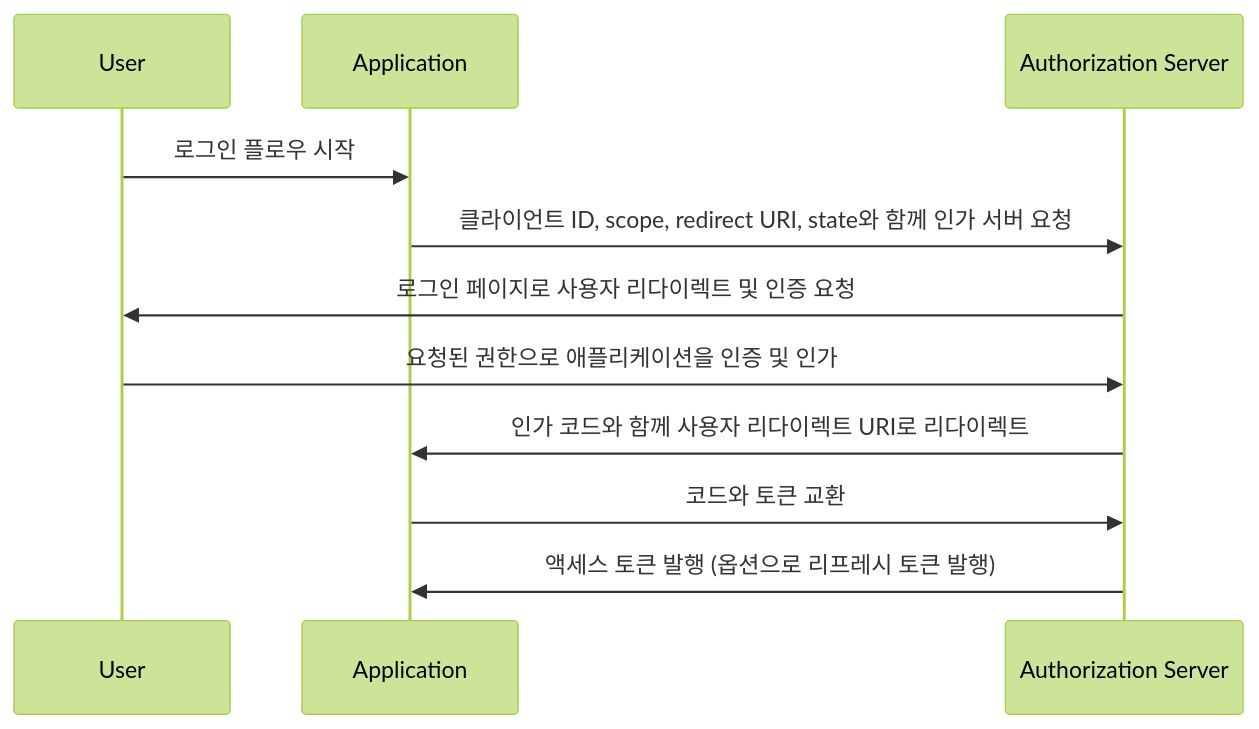
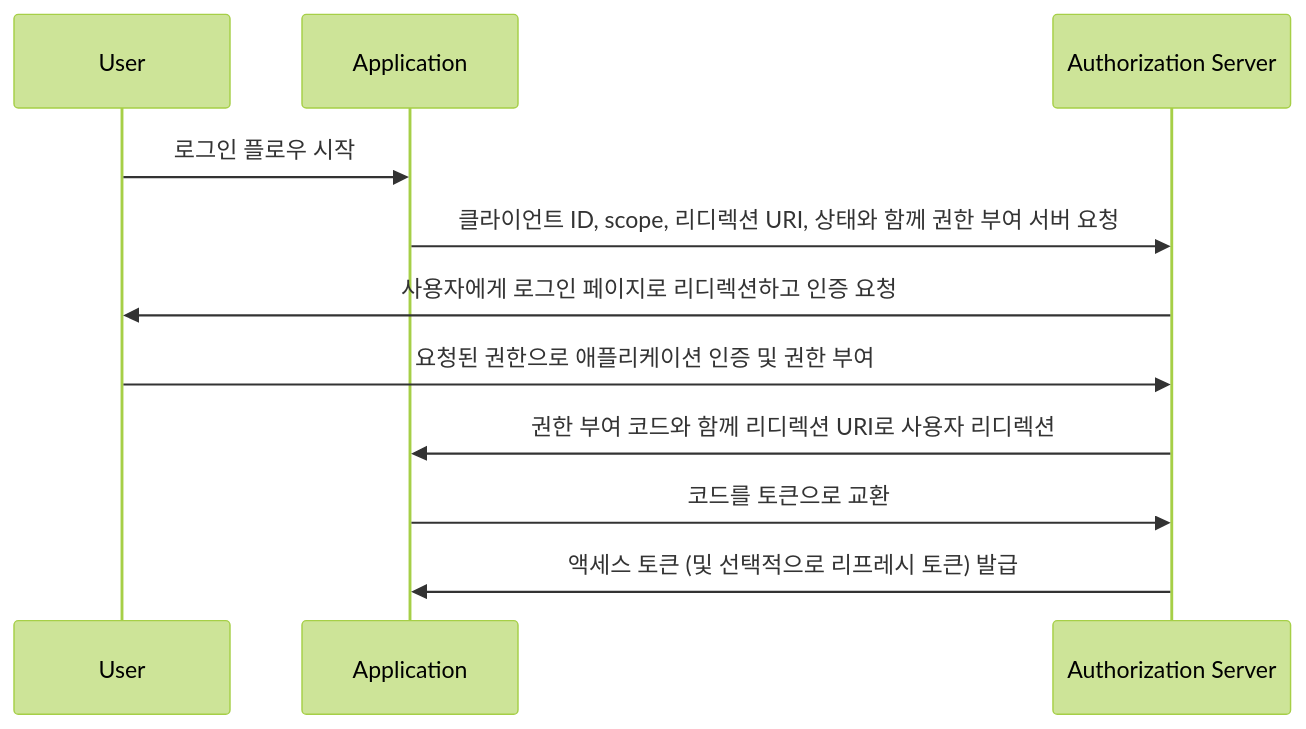
Before and after one commit to logto-io/auth-wiki: the diagram in src/content/terms/ko/authorization-code-flow.mdx, drawn with Mermaid (forest theme). The commit also changed other lines of this file and 95 other files, not shown here.

````diff
--- a/src/content/terms/ko/authorization-code-flow.mdx
+++ b/src/content/terms/ko/authorization-code-flow.mdx
@@ -25,14 +27,14 @@
 ```mermaid
 sequenceDiagram
     participant User
     participant Application
     participant Authorization Server
 
     User->>Application: 로그인 플로우 시작
-    Application->>Authorization Server: 클라이언트 ID, scope, redirect URI, state와 함께 인가 서버 요청
-    Authorization Server->>User: 로그인 페이지로 사용자 리다이렉트 및 인증 요청
-    User->>Authorization Server: 요청된 권한으로 애플리케이션을 인증 및 인가
-    Authorization Server->>Application: 인가 코드와 함께 사용자 리다이렉트 URI로 리다이렉트
-    Application->>Authorization Server: 코드와 토큰 교환
-    Authorization Server->>Application: 액세스 토큰 발행 (옵션으로 리프레시 토큰 발행)
+    Application->>Authorization Server: 클라이언트 ID, scope, 리디렉션 URI, 상태와 함께 권한 부여 서버 요청
+    Authorization Server->>User: 사용자에게 로그인 페이지로 리디렉션하고 인증 요청
+    User->>Authorization Server: 요청된 권한으로 애플리케이션 인증 및 권한 부여
+    Authorization Server->>Application: 권한 부여 코드와 함께 리디렉션 URI로 사용자 리디렉션
+    Application->>Authorization Server: 코드를 토큰으로 교환
+    Authorization Server->>Application: 액세스 토큰 (및 선택적으로 리프레시 토큰) 발급
 ```
````
